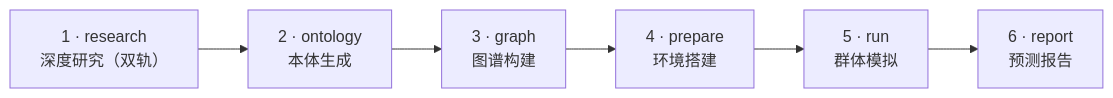
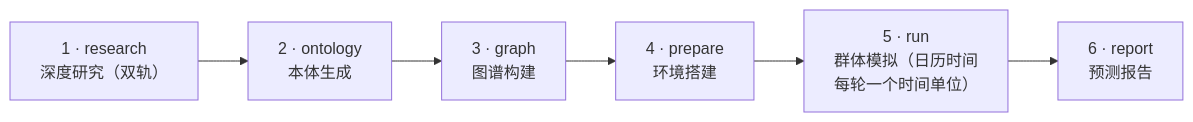
The diagram in README.zh-CN.md (linroger/DeepAgentForecast), drawn with Mermaid before and after one commit. The commit also changed other lines of this file and 1 other file, not shown here.

First line of the commit message:
README (EN+ZH): document calendar-temporal simulation; add DeepWiki + DRF_ARCHITECTURE.md docs links

````diff
--- a/README.zh-CN.md
+++ b/README.zh-CN.md
@@ -162,8 +166,8 @@
 ```mermaid
 flowchart LR
     A["1 · research<br/>深度研究（双轨）"] --> B["2 · ontology<br/>本体生成"]
     B --> C["3 · graph<br/>图谱构建"]
     C --> D["4 · prepare<br/>环境搭建"]
-    D --> E["5 · run<br/>群体模拟"]
+    D --> E["5 · run<br/>群体模拟（日历时间<br/>每轮一个时间单位）"]
     E --> F["6 · report<br/>预测报告"]
 ```
````
